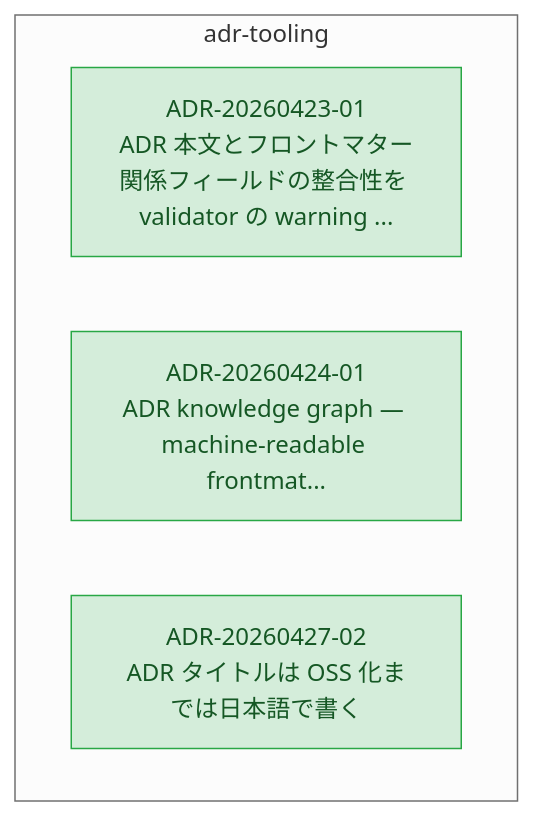
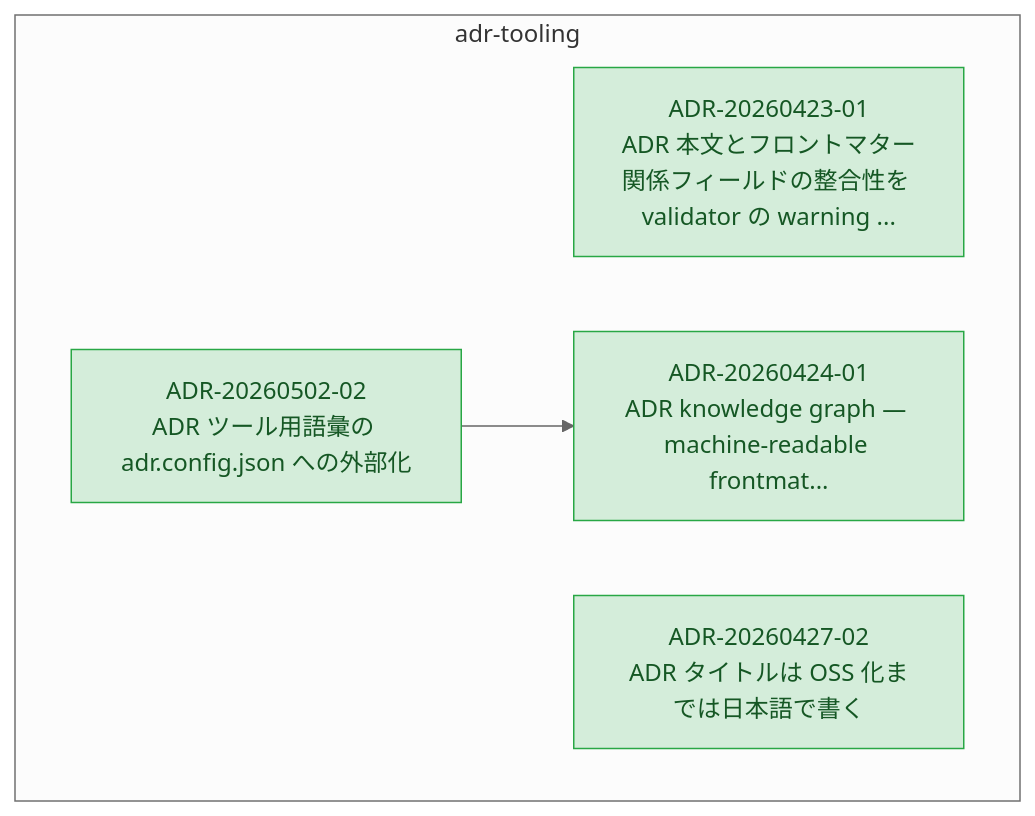
One commit to kompiro/karasu changed the diagram in docs/adr/graph/adr-tooling.md. Above: the diagram before and after it, drawn with Mermaid (neutral theme). The commit also changed other lines of this file and 5 other files, not shown here.

First line of the commit message:
docs(adr): promote adr-config-externalization design doc to ADR-20260502-02

````diff
--- a/docs/adr/graph/adr-tooling.md
+++ b/docs/adr/graph/adr-tooling.md
@@ -6,18 +6,21 @@
 ```mermaid
 flowchart TD
   subgraph adr-tooling["adr-tooling"]
     ADR_20260423_01["ADR-20260423-01<br/>ADR 本文とフロントマター関係フィールドの整合性を validator の warning ..."]
     ADR_20260424_01["ADR-20260424-01<br/>ADR knowledge graph — machine-readable frontmat..."]
     ADR_20260427_02["ADR-20260427-02<br/>ADR タイトルは OSS 化までは日本語で書く"]
+    ADR_20260502_02["ADR-20260502-02<br/>ADR ツール用語彙の adr.config.json への外部化"]
   end
+  ADR_20260502_02 --> ADR_20260424_01
 
   classDef accepted fill:#d4edda,stroke:#28a745,color:#155724
   classDef proposed fill:#fff3cd,stroke:#ffc107,color:#856404
   classDef deprecated fill:#f8d7da,stroke:#dc3545,color:#721c24
   classDef superseded fill:#e2e3e5,stroke:#6c757d,color:#383d41
   classDef not_adopted fill:#e2e3e5,stroke:#6c757d,color:#383d41,stroke-dasharray:3 3
   classDef ghost fill:#f5f5f5,stroke:#adb5bd,color:#6c757d,stroke-dasharray:2 2
   class ADR_20260423_01 accepted
   class ADR_20260424_01 accepted
   class ADR_20260427_02 accepted
+  class ADR_20260502_02 accepted
 ```
````
